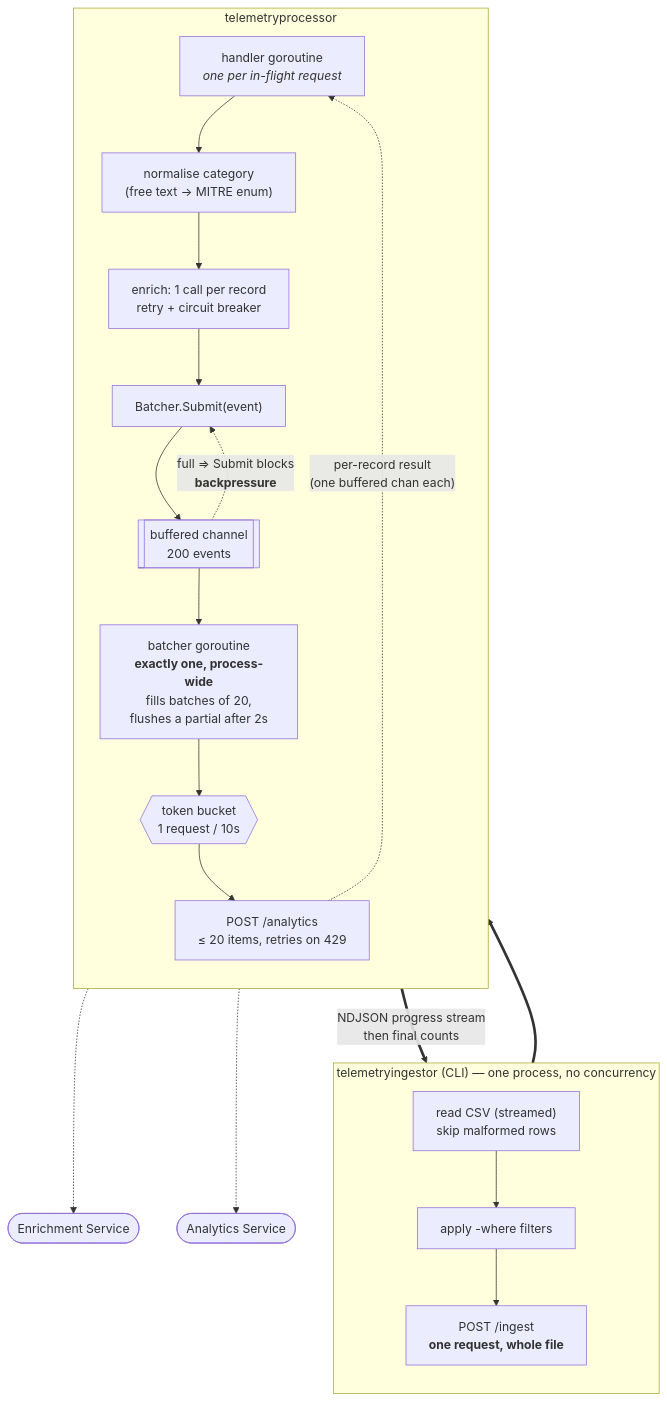
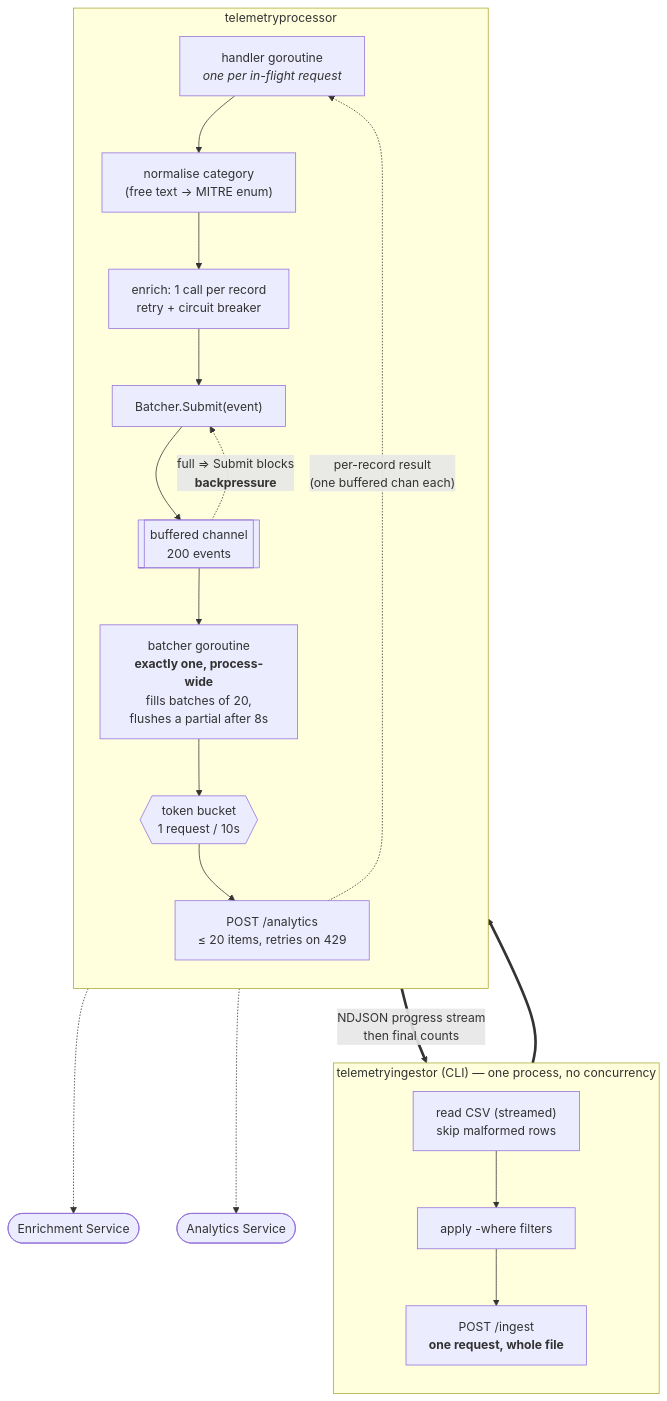
The diagram in README.md (avimehenwal/secops-telemetry-ingestion), drawn with Mermaid before and after one commit. The commit also changed other lines of this file and 25 other files, not shown here.

````diff
--- a/README.md
+++ b/README.md
@@ -25,28 +25,28 @@
 ```mermaid
 flowchart TB
     subgraph cli["telemetryingestor (CLI) — one process, no concurrency"]
         direction TB
         READ["read CSV (streamed)<br/>skip malformed rows"] --> FILTER["apply -where filters"]
         FILTER --> POST["POST /ingest<br/><b>one request, whole file</b>"]
     end
 
     subgraph proc["telemetryprocessor"]
         direction TB
         HANDLER["handler goroutine<br/><i>one per in-flight request</i>"]
         HANDLER --> NORM["normalise category<br/>(free text → MITRE enum)"]
         NORM --> ENRICH["enrich: 1 call per record<br/>retry + circuit breaker"]
         ENRICH --> SUBMIT["Batcher.Submit(event)"]
         SUBMIT --> QUEUE[["buffered channel<br/>200 events"]]
-        QUEUE --> BATCHER["batcher goroutine<br/><b>exactly one, process-wide</b><br/>fills batches of 20,<br/>flushes a partial after 2s"]
+        QUEUE --> BATCHER["batcher goroutine<br/><b>exactly one, process-wide</b><br/>fills batches of 20,<br/>flushes a partial after 8s"]
         BATCHER --> LIMIT{{"token bucket<br/>1 request / 10s"}}
         LIMIT --> SEND["POST /analytics<br/>≤ 20 items, retries on 429"]
     end
 
     POST ==> HANDLER
     ENRICH -.-> ENRSVC(["Enrichment Service"])
     SEND -.-> ANASVC(["Analytics Service"])
     SEND -.->|"per-record result<br/>(one buffered chan each)"| HANDLER
     HANDLER ==>|"NDJSON progress stream<br/>then final counts"| POST
 
     QUEUE -.->|"full ⇒ Submit blocks<br/><b>backpressure</b>"| SUBMIT
 ```
````
